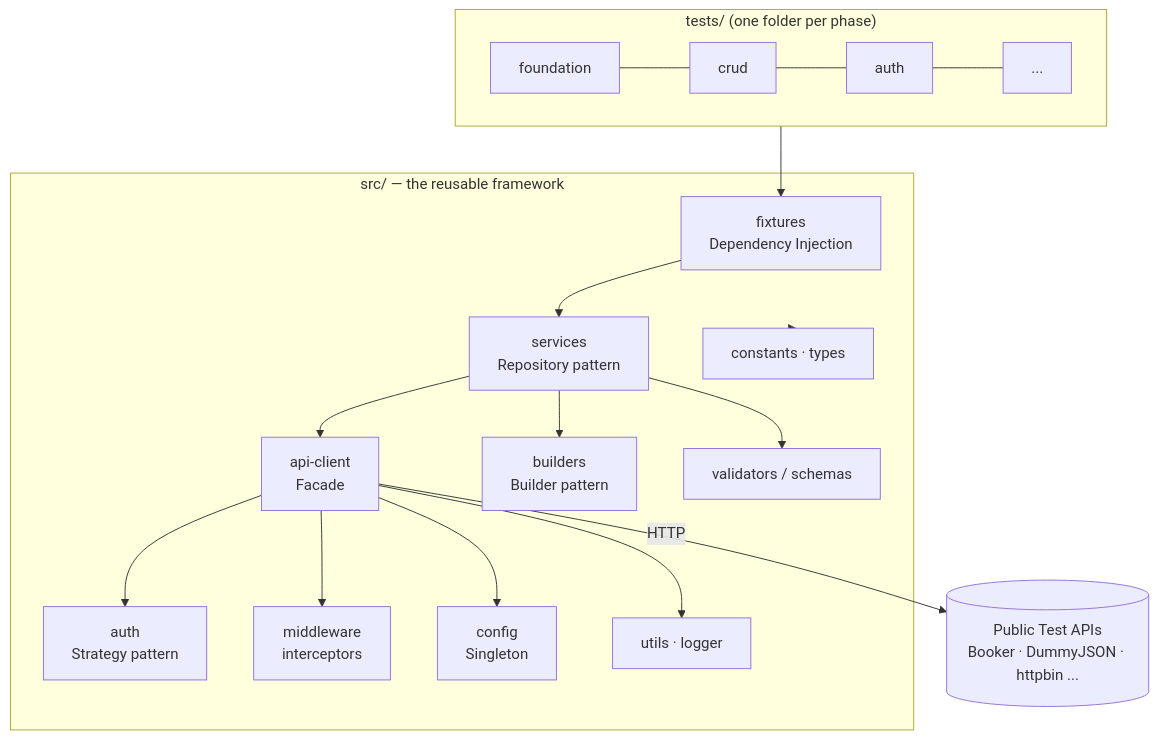
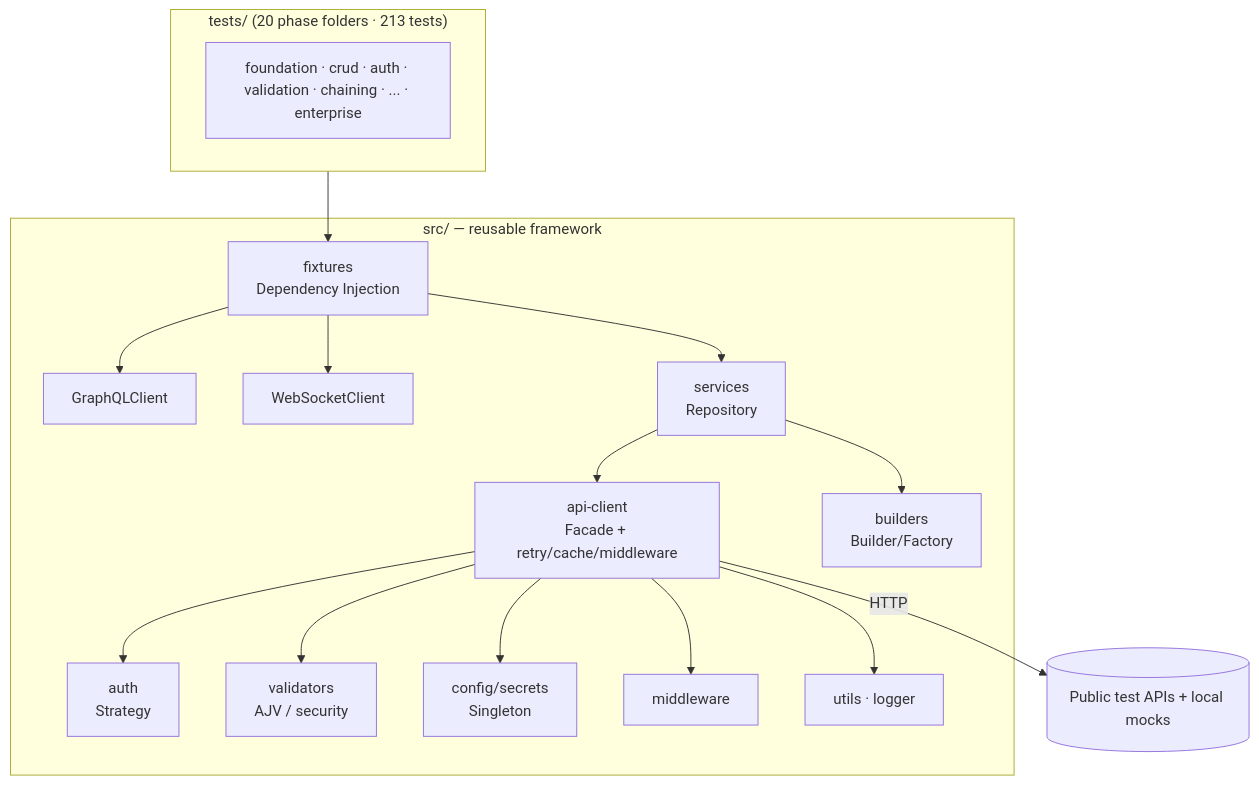
Before and after one commit to omiinayak25/ominapi-playwright-framework: the first of 7 diagrams in README.md, drawn with Mermaid. The commit also changed other lines of this file and 37 other files, not shown here.

````diff
--- a/README.md
+++ b/README.md
@@ -47,29 +260,24 @@
 ```mermaid
 graph TD
-    subgraph TESTS["tests/ (one folder per phase)"]
-        T1[foundation] --- T2[crud] --- T3[auth] --- T4[...]
+    subgraph TESTS["tests/ (20 phase folders · 213 tests)"]
+        T[foundation · crud · auth · validation · chaining · ... · enterprise]
     end
-
-    subgraph SRC["src/ — the reusable framework"]
+    subgraph SRC["src/ — reusable framework"]
         FIX[fixtures<br/>Dependency Injection]
-        SVC[services<br/>Repository pattern]
-        CLIENT[api-client<br/>Facade]
-        BUILD[builders<br/>Builder pattern]
-        AUTH[auth<br/>Strategy pattern]
-        MW[middleware<br/>interceptors]
-        VAL[validators / schemas]
-        CFG[config<br/>Singleton]
+        CLIENT[api-client<br/>Facade + retry/cache/middleware]
+        GQL[GraphQLClient]
+        WS[WebSocketClient]
+        SVC[services<br/>Repository]
+        BUILD[builders<br/>Builder/Factory]
+        AUTH[auth<br/>Strategy]
+        VAL[validators<br/>AJV / security]
+        CFG[config/secrets<br/>Singleton]
+        MW[middleware]
         UTIL[utils · logger]
-        CONST[constants · types]
     end
-
-    TESTS --> FIX --> SVC --> CLIENT --> MW
+    TESTS --> FIX --> SVC --> CLIENT
+    FIX --> GQL & WS
     SVC --> BUILD
-    CLIENT --> AUTH
-    SVC --> VAL
-    CLIENT --> CFG
-    CLIENT --> UTIL
-    SRC --> CONST
-
-    CLIENT -->|HTTP| API[(Public Test APIs<br/>Booker · DummyJSON · httpbin ...)]
+    CLIENT --> AUTH & MW & VAL & CFG & UTIL
+    CLIENT -->|HTTP| EXT[(Public test APIs + local mocks)]
 ```
````
